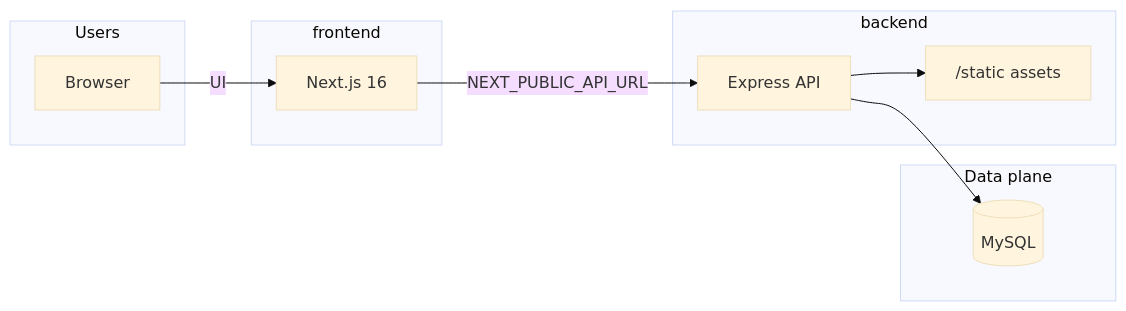
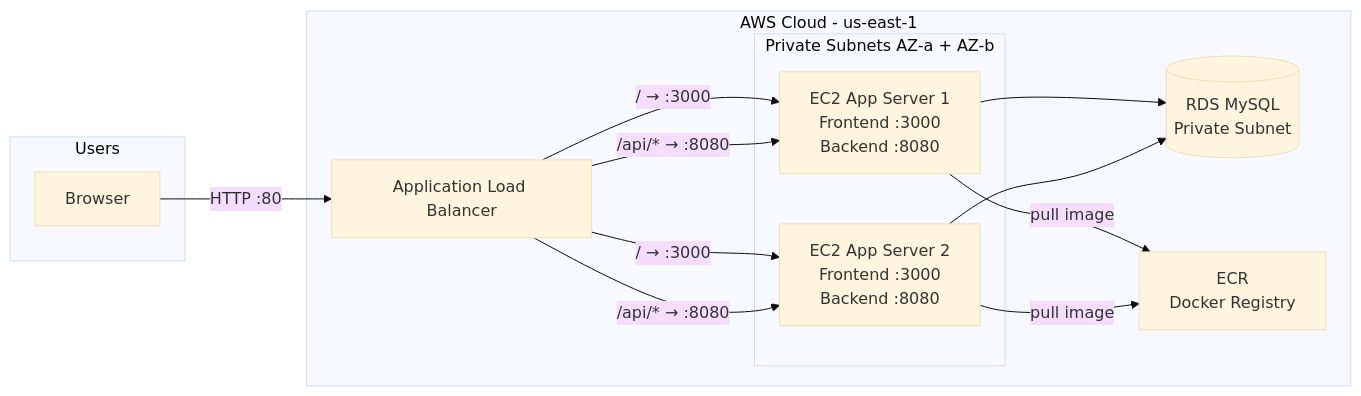
Before and after one commit to shamsmo0/ecomerce-flowshop-terraform: the diagram in README.md, drawn with Mermaid (base theme). The commit also changed other lines of this file, not shown here.

````diff
--- a/README.md
+++ b/README.md
@@ -48,20 +51,20 @@
 ```mermaid
 flowchart LR
   subgraph users [Users]
     B[Browser]
   end
-  subgraph fe [frontend]
-    N[Next.js 16]
+  subgraph aws [AWS Cloud - us-east-1]
+    ALB[Application Load Balancer]
+    subgraph private [Private Subnets AZ-a + AZ-b]
+      EC2A[EC2 App Server 1\nFrontend :3000\nBackend :8080]
+      EC2B[EC2 App Server 2\nFrontend :3000\nBackend :8080]
+    end
+    RDS[(RDS MySQL\nPrivate Subnet)]
+    ECR[ECR\nDocker Registry]
   end
-  subgraph be [backend]
-    A[Express API]
-    S["/static assets"]
-  end
-  subgraph data [Data plane]
-    DB[(MySQL)]
-  end
-  B -->|UI| N
-  N -->|"NEXT_PUBLIC_API_URL"| A
-  A --> DB
-  A --> S
+  B -->|HTTP :80| ALB
+  ALB -->|/ → :3000| EC2A & EC2B
+  ALB -->|/api/* → :8080| EC2A & EC2B
+  EC2A & EC2B --> RDS
+  EC2A & EC2B -->|pull image| ECR
 ```
````
